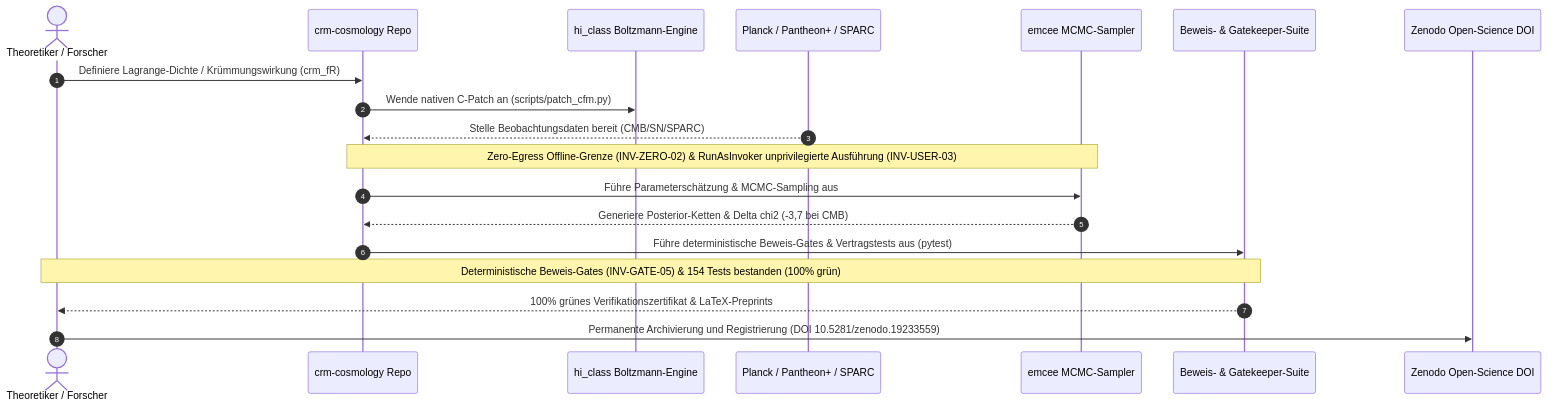
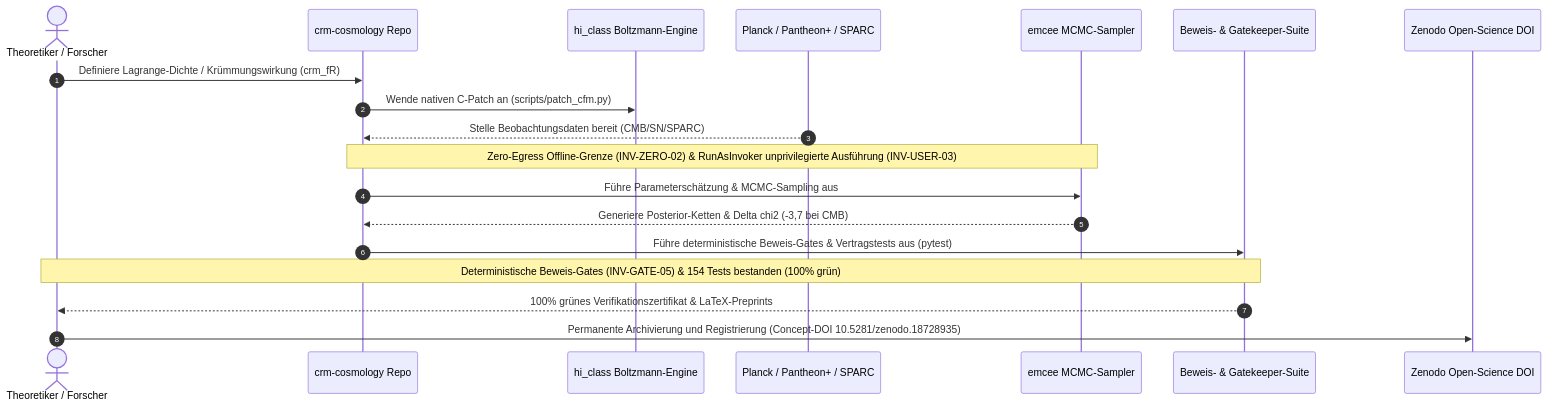
One commit to research-line/crm-cosmology changed the second of 2 diagrams in README_de.md. Above: the diagram before and after it, drawn with Mermaid. The commit also changed other lines of this file and 2 other files, not shown here.

Commit message:
docs: point README/llms.txt to the live Zenodo v8.4 record
README.md, README_de.md and llms.txt still named Zenodo v7.0
(10.5281/zenodo.19233559) as the latest record, while CITATION.cff and
the live concept record already resolve to v8.4 (10.5281/zenodo.21946248,
published 2026-08-15; verified via the Zenodo API on 2026-11-14).
The sequence diagrams now cite the stable concept DOI 10.5281/zenodo.18728935.
The frozen Python package version 1.3.2 is unchanged.

Tests: 159 passed.

Claude-Session: https://claude.ai/code/session_01THB2EzapPwvqa6FGdfXZwN

````diff
--- a/README_de.md
+++ b/README_de.md
@@ -250,22 +250,22 @@
 ```mermaid
 sequenceDiagram
     autonumber
     actor Theorist as Theoretiker / Forscher
     participant Repo as crm-cosmology Repo
     participant Solver as hi_class Boltzmann-Engine
     participant Data as Planck / Pantheon+ / SPARC
     participant Sampler as emcee MCMC-Sampler
     participant Gates as Beweis- & Gatekeeper-Suite
     participant Zenodo as Zenodo Open-Science DOI
 
     Theorist->>Repo: Definiere Lagrange-Dichte / Krümmungswirkung (crm_fR)
     Repo->>Solver: Wende nativen C-Patch an (scripts/patch_cfm.py)
     Data-->>Repo: Stelle Beobachtungsdaten bereit (CMB/SN/SPARC)
     Note over Repo,Sampler: Zero-Egress Offline-Grenze (INV-ZERO-02) & RunAsInvoker unprivilegierte Ausführung (INV-USER-03)
     Repo->>Sampler: Führe Parameterschätzung & MCMC-Sampling aus
     Sampler-->>Repo: Generiere Posterior-Ketten & Delta chi2 (-3,7 bei CMB)
     Repo->>Gates: Führe deterministische Beweis-Gates & Vertragstests aus (pytest)
     Note over Gates,Theorist: Deterministische Beweis-Gates (INV-GATE-05) & 154 Tests bestanden (100% grün)
     Gates-->>Theorist: 100% grünes Verifikationszertifikat & LaTeX-Preprints
-    Theorist->>Zenodo: Permanente Archivierung und Registrierung (DOI 10.5281/zenodo.19233559)
+    Theorist->>Zenodo: Permanente Archivierung und Registrierung (Concept-DOI 10.5281/zenodo.18728935)
 ```
````
